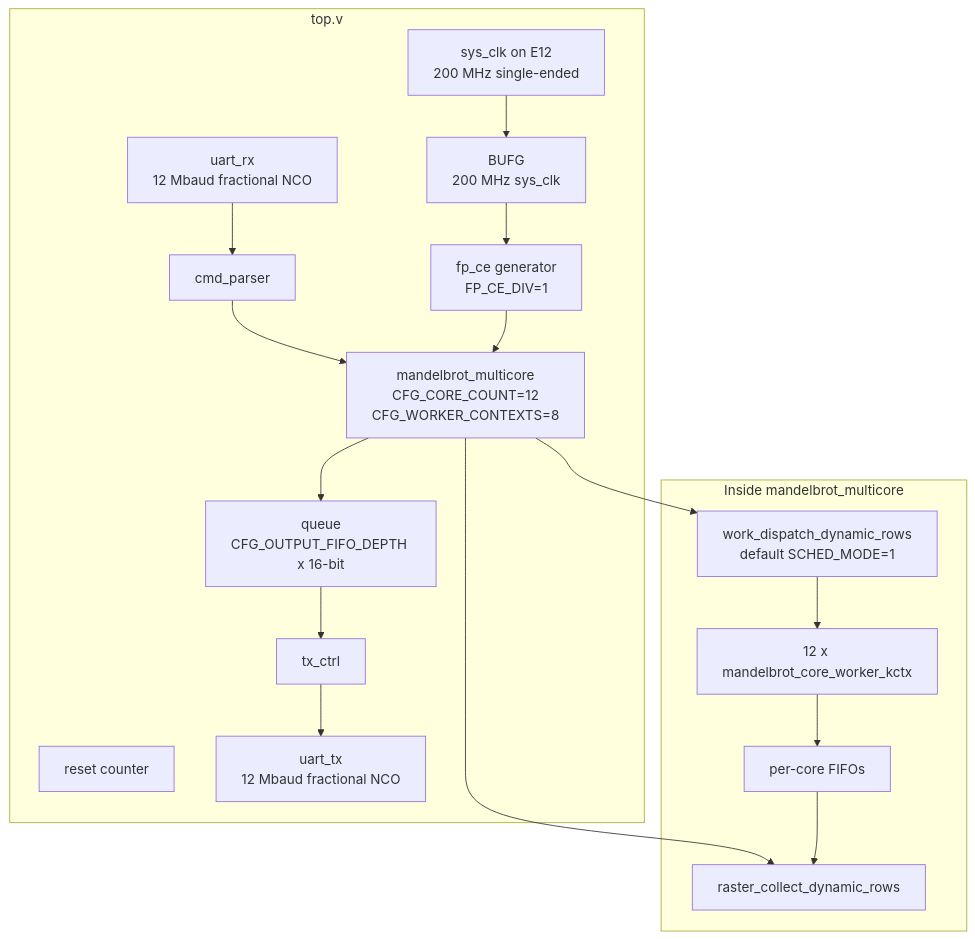
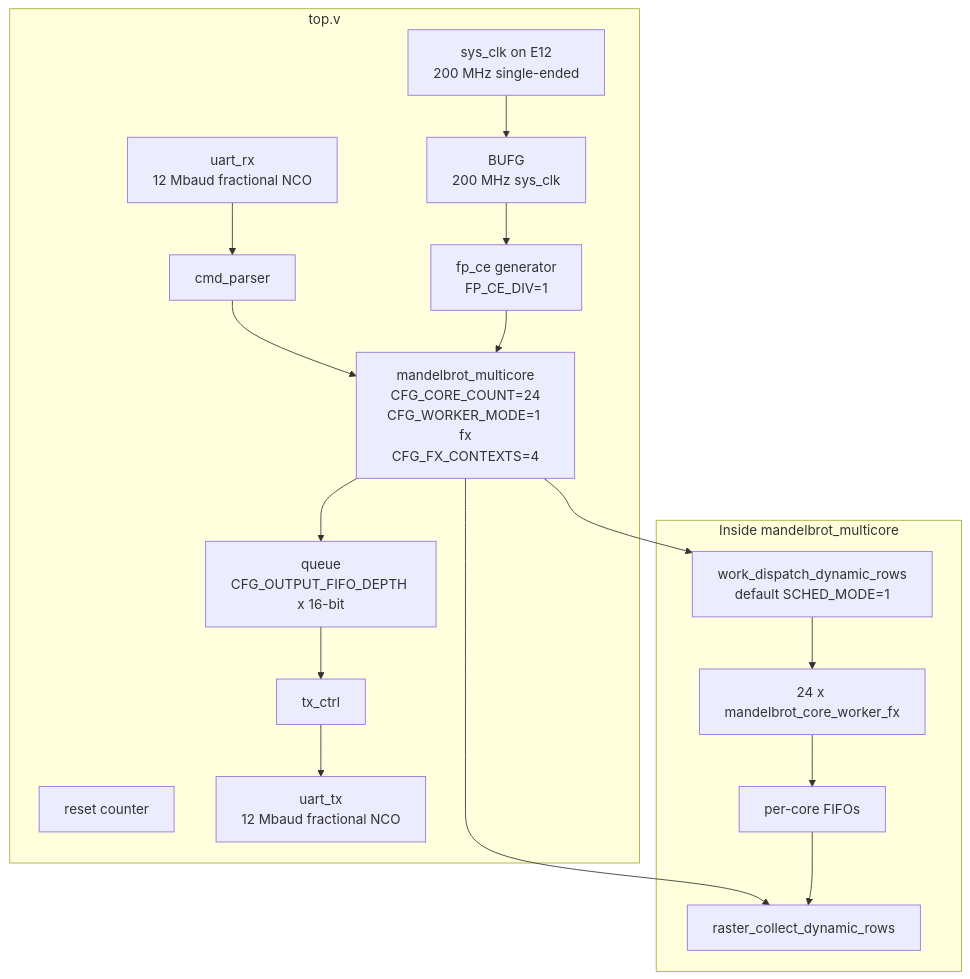
The second of 3 diagrams in README.md (RESBI/FPGA-Mandelbrot-Demo), drawn with Mermaid before and after one commit. The commit also changed other lines of this file and 24 other files, not shown here.

````diff
--- a/README.md
+++ b/README.md
@@ -137,30 +156,30 @@
 ```mermaid
 flowchart TB
     subgraph TOP[top.v]
         CLK[sys_clk on E12<br/>200 MHz single-ended] --> BUFG[BUFG<br/>200 MHz sys_clk]
         BUFG --> CE[fp_ce generator<br/>FP_CE_DIV=1]
         RST[reset counter]
 
         URX[uart_rx<br/>12 Mbaud fractional NCO]
         UTX[uart_tx<br/>12 Mbaud fractional NCO]
         CMD[cmd_parser]
-        CORE[mandelbrot_multicore<br/>CFG_CORE_COUNT=12<br/>CFG_WORKER_CONTEXTS=8]
+        CORE["mandelbrot_multicore<br/>CFG_CORE_COUNT=24<br/>CFG_WORKER_MODE=1 fx<br/>CFG_FX_CONTEXTS=4"]
         FIFO[queue<br/>CFG_OUTPUT_FIFO_DEPTH x 16-bit]
         TXC[tx_ctrl]
 
         URX --> CMD
         CMD --> CORE
         CE --> CORE
         CORE --> FIFO
         FIFO --> TXC
         TXC --> UTX
     end
 
     subgraph MC[Inside mandelbrot_multicore]
         CORE --> DISP[work_dispatch_dynamic_rows<br/>default SCHED_MODE=1]
         CORE --> MERGE[raster_collect_dynamic_rows]
-        DISP --> WORKERS[12 x mandelbrot_core_worker_kctx]
+        DISP --> WORKERS[24 x mandelbrot_core_worker_fx]
         WORKERS --> CFIFO[per-core FIFOs]
         CFIFO --> MERGE
     end
 ```
````
